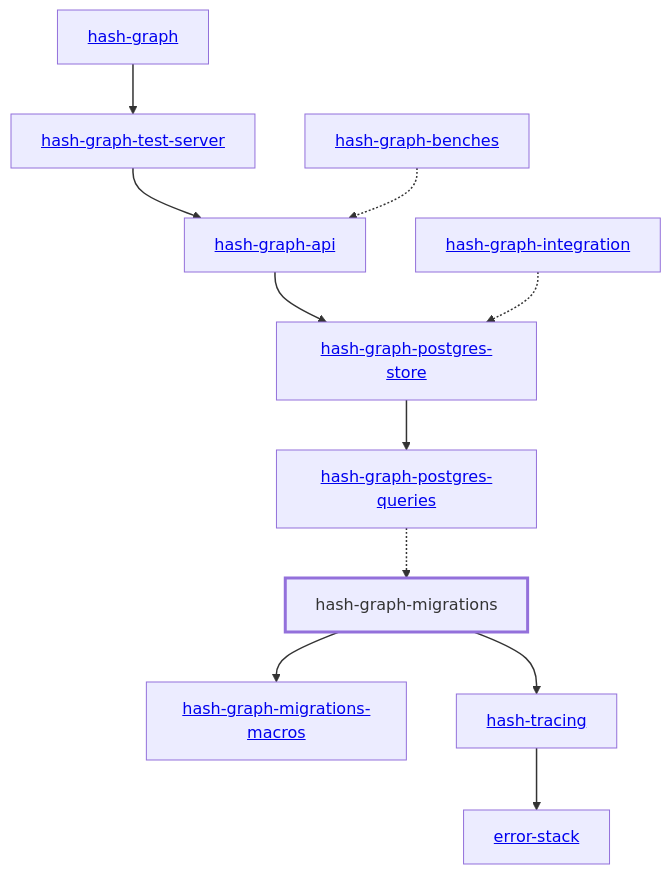
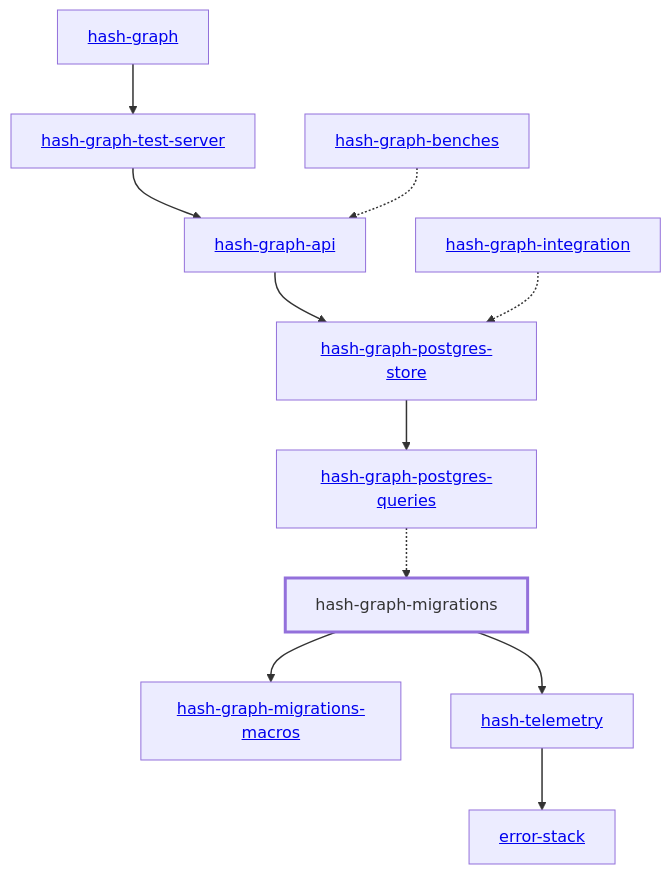
One commit to hashintel/hash changed the diagram in libs/@local/graph/migrations/docs/dependency-diagram.mmd. Above: the diagram before and after it, drawn with Mermaid. The commit also changed 38 other files, not shown here.

Commit message:
Rename `hash-tracing` to `hash-telemetry`

```diff
--- a/libs/@local/graph/migrations/docs/dependency-diagram.mmd
+++ b/libs/@local/graph/migrations/docs/dependency-diagram.mmd
@@ -1,32 +1,32 @@
 graph TD
     linkStyle default stroke-width:1.5px
     classDef default stroke-width:1px
     classDef root stroke-width:3px
     classDef dev stroke-width:1px
     classDef build stroke-width:1px
     %% Legend
     %% --> : Normal dependency
     %% -.-> : Dev dependency
     %% ---> : Build dependency
     0[<a href="../hash_graph">hash-graph</a>]
     1[<a href="../hash_graph_api">hash-graph-api</a>]
     2[hash-graph-migrations]
     class 2 root
     3[<a href="../hash_graph_migrations_macros">hash-graph-migrations-macros</a>]
     4[<a href="../hash_graph_postgres_queries">hash-graph-postgres-queries</a>]
     5[<a href="../hash_graph_postgres_store">hash-graph-postgres-store</a>]
     6[<a href="../hash_graph_test_server">hash-graph-test-server</a>]
-    7[<a href="../hash_tracing">hash-tracing</a>]
+    7[<a href="../hash_telemetry">hash-telemetry</a>]
     8[<a href="../error_stack">error-stack</a>]
     9[<a href="../hash_graph_benches">hash-graph-benches</a>]
     10[<a href="../hash_graph_integration">hash-graph-integration</a>]
     0 --> 6
     1 --> 5
     2 --> 3
     2 --> 7
     4 -.-> 2
     5 --> 4
     6 --> 1
     7 --> 8
     9 -.-> 1
     10 -.-> 5
```
